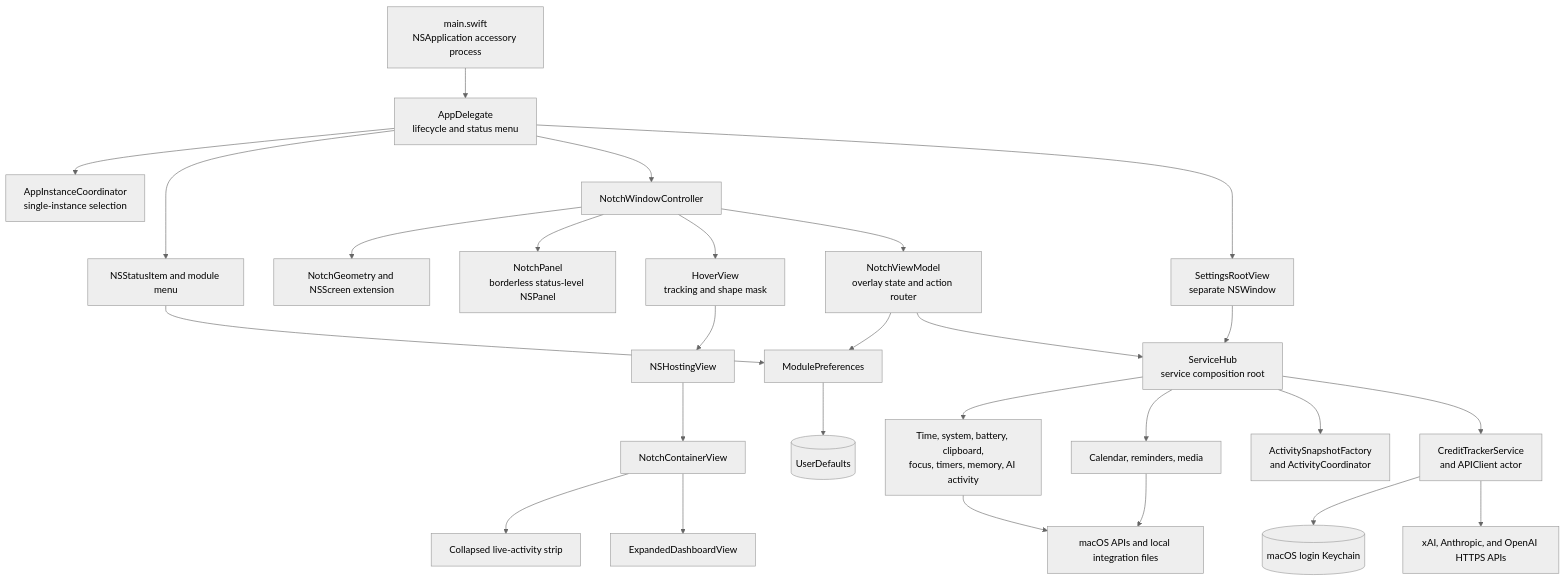
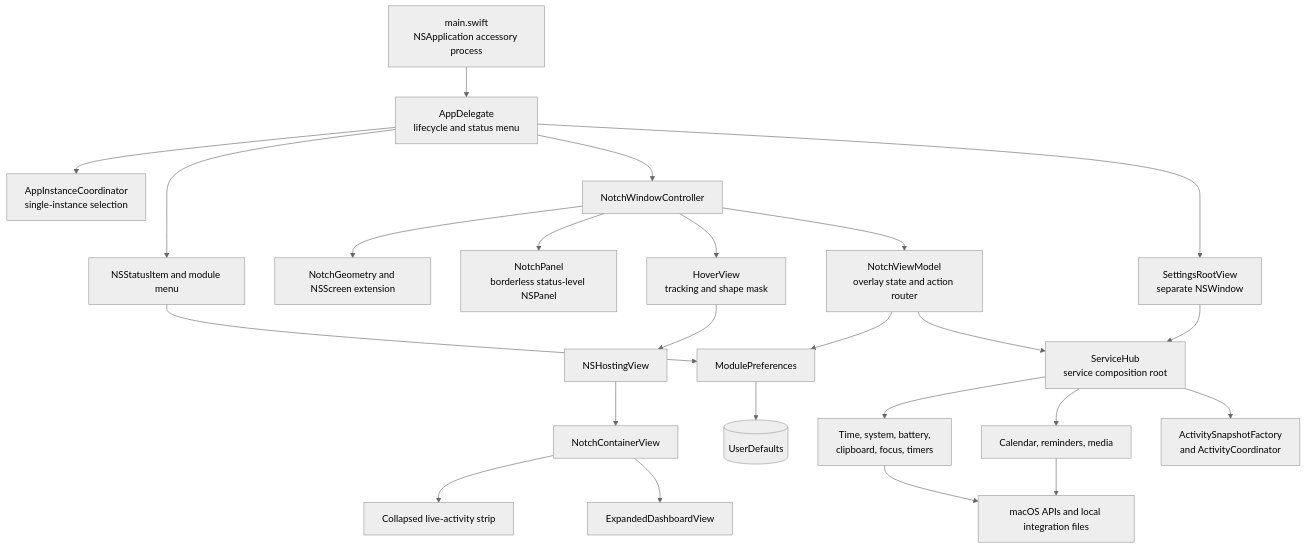
One commit to Srimi1/Notch-hub changed the first of 7 diagrams in docs/ARCHITECTURE.md. Above: the diagram before and after it, drawn with Mermaid (neutral theme). The commit also changed other lines of this file and 3 other files, not shown here.

````diff
--- a/docs/ARCHITECTURE.md
+++ b/docs/ARCHITECTURE.md
@@ -17,32 +16,29 @@
 ```mermaid
 flowchart TB
     Entry["main.swift<br/>NSApplication accessory process"] --> Delegate["AppDelegate<br/>lifecycle and status menu"]
     Delegate --> Instance["AppInstanceCoordinator<br/>single-instance selection"]
     Delegate --> Status["NSStatusItem and module menu"]
     Delegate --> Window["NotchWindowController"]
     Delegate --> Settings["SettingsRootView<br/>separate NSWindow"]
 
     Window --> Geometry["NotchGeometry and NSScreen extension"]
     Window --> Panel["NotchPanel<br/>borderless status-level NSPanel"]
     Window --> Hover["HoverView<br/>tracking and shape mask"]
     Window --> VM["NotchViewModel<br/>overlay state and action router"]
     Hover --> Host["NSHostingView"]
     Host --> Container["NotchContainerView"]
     Container --> Collapsed["Collapsed live-activity strip"]
     Container --> Expanded["ExpandedDashboardView"]
 
     VM --> ModulePrefs["ModulePreferences"]
     VM --> Hub["ServiceHub<br/>service composition root"]
     Status --> ModulePrefs
     Settings --> Hub
-    Hub --> LocalServices["Time, system, battery, clipboard,<br/>focus, timers, memory, AI activity"]
+    Hub --> LocalServices["Time, system, battery,<br/>clipboard, focus, timers"]
     Hub --> PermissionServices["Calendar, reminders, media"]
     Hub --> Activity["ActivitySnapshotFactory<br/>and ActivityCoordinator"]
-    Hub --> Credit["CreditTrackerService<br/>and APIClient actor"]
 
     ModulePrefs --> Defaults[("UserDefaults")]
-    Credit --> Keychain[("macOS login Keychain")]
     LocalServices --> OS["macOS APIs and local integration files"]
     PermissionServices --> OS
-    Credit --> APIs["xAI, Anthropic, and OpenAI HTTPS APIs"]
 ```
````
